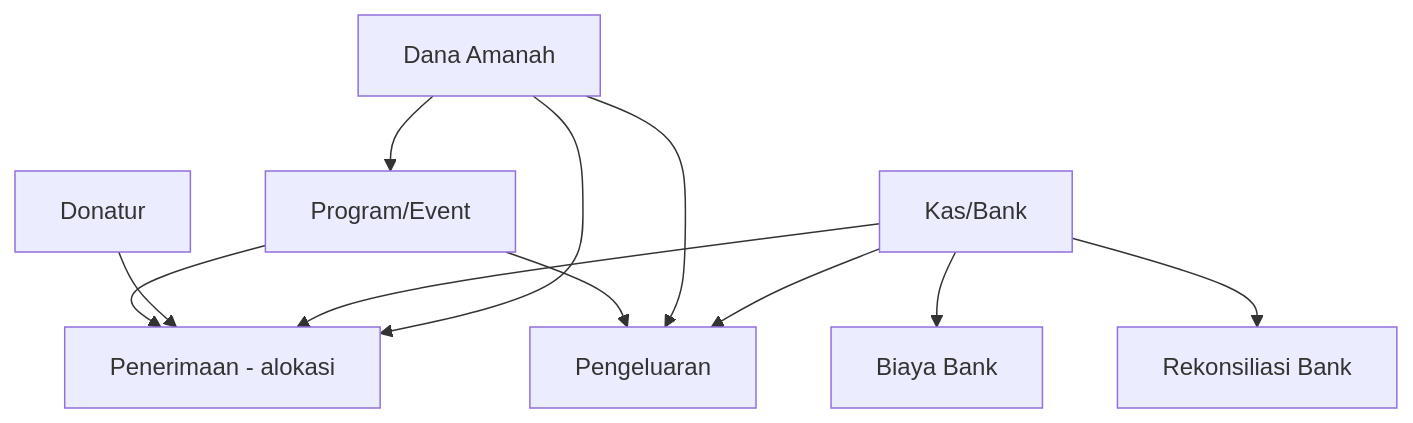
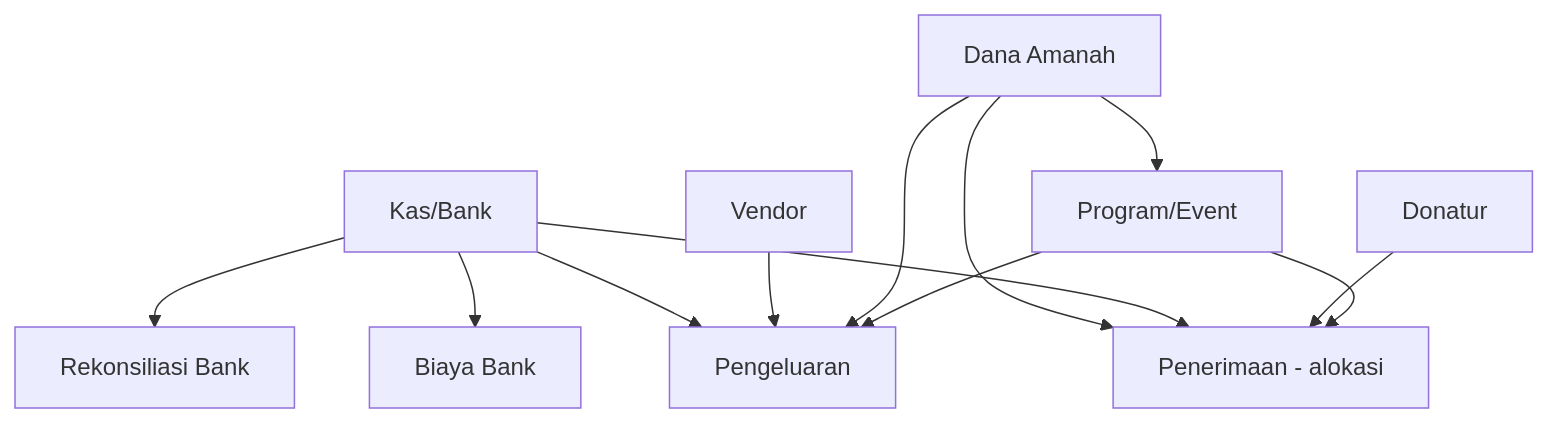
The diagram in docs/PANDUAN-MULAI.md (addingama/sima), drawn with Mermaid before and after one commit. The commit also changed other lines of this file, not shown here.

````diff
--- a/docs/PANDUAN-MULAI.md
+++ b/docs/PANDUAN-MULAI.md
@@ -165,13 +181,14 @@
 ```mermaid
 flowchart TD
     A[Dana Amanah] --> C[Program/Event]
     A --> D[Penerimaan - alokasi]
     B[Kas/Bank] --> D
     B --> E[Pengeluaran]
     B --> F[Biaya Bank]
     B --> G[Rekonsiliasi Bank]
     H[Donatur] --> D
+    I[Vendor] --> E
     A --> E
     C --> D
     C --> E
 ```
````
